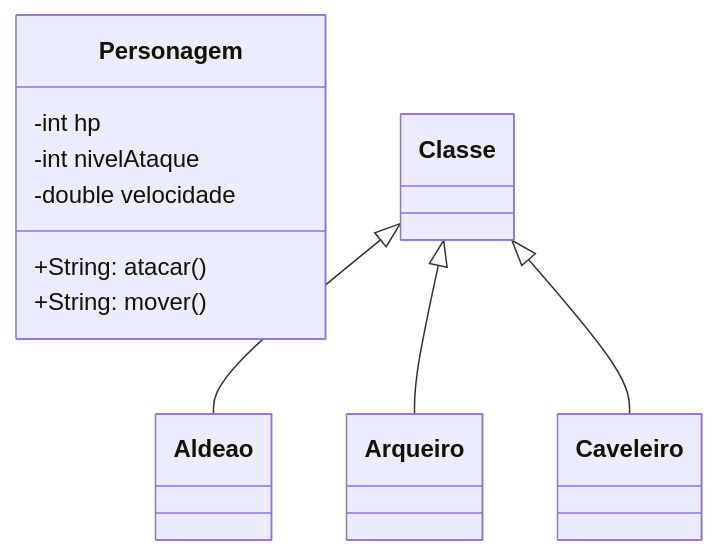
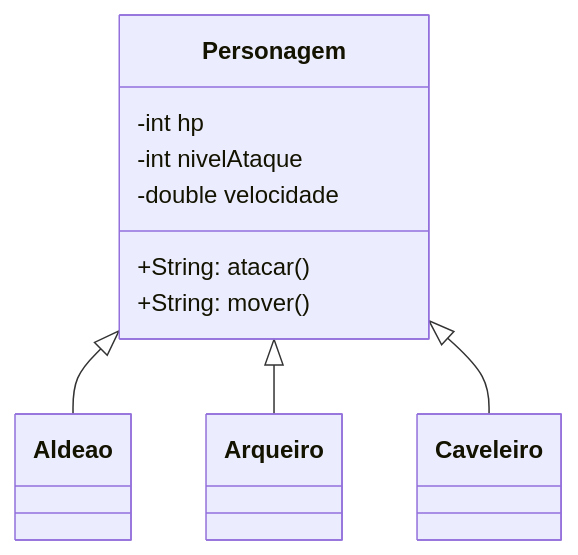
The diagram in 2024-07-22/UML.md (vvguerravv/POO-JAVA), drawn with Mermaid before and after one commit. The commit also changed 19 other files, not shown here.

````diff
--- a/2024-07-22/UML.md
+++ b/2024-07-22/UML.md
@@ -1,30 +1,30 @@
 ```mermaid
 
 classDiagram
     
     class Personagem{
         -int hp
         -int nivelAtaque
         -double velocidade
         
         +String: atacar()
         +String: mover()
     }
     
     class Aldeao{
         
     }
 
     class Arqueiro{
         
     }
     
     class Caveleiro{
         
     }
     
-    Classe <|-- Aldeao
-    Classe <|-- Arqueiro
-    Classe <|-- Caveleiro
+    Personagem <|-- Aldeao
+    Personagem <|-- Arqueiro
+    Personagem <|-- Caveleiro
 
 ```
````
